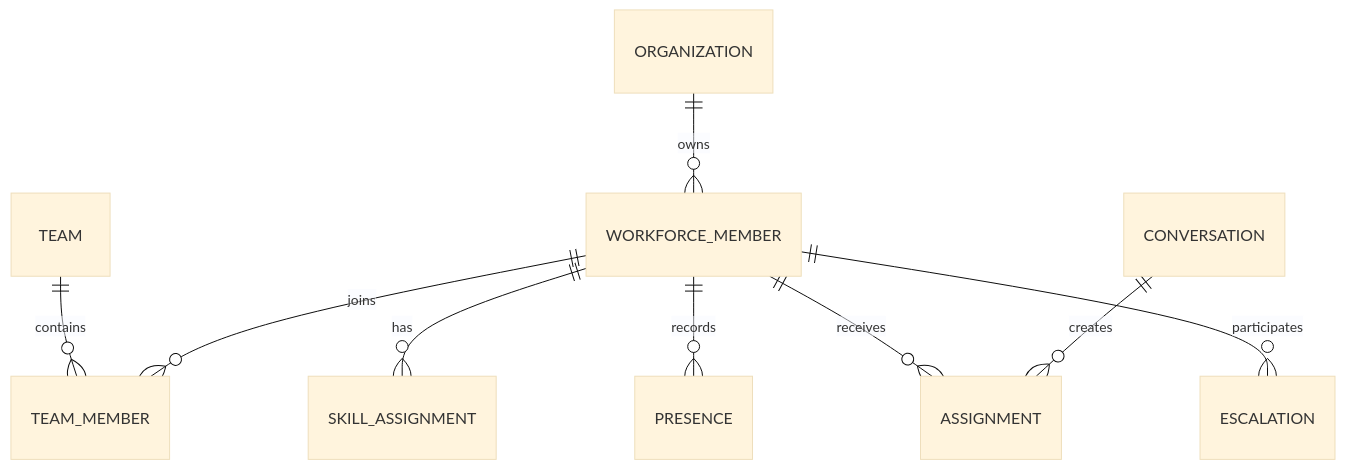
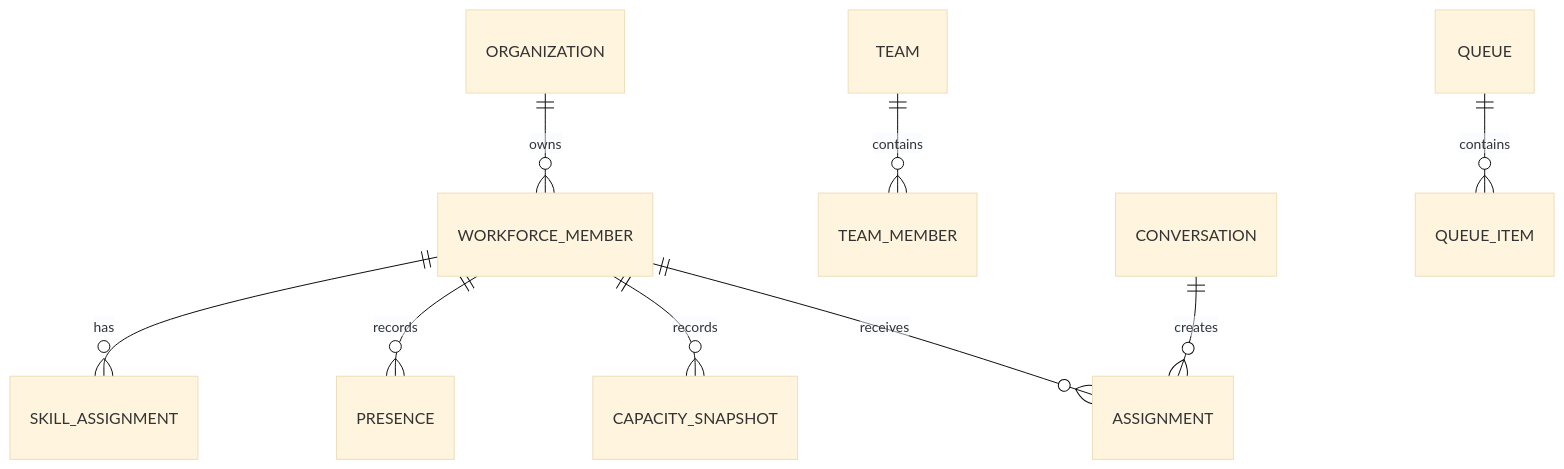
One commit to D-engahmed/OMILINKS changed the first of 2 diagrams in docs/domain/workforce.md. Above: the diagram before and after it, drawn with Mermaid (base theme). The commit also changed other lines of this file and 2 other files, not shown here.

Commit message:
docs: deepen workforce routing and knowledge domain contracts

````diff
--- a/docs/domain/workforce.md
+++ b/docs/domain/workforce.md
@@ -18,11 +24,11 @@
-```mermaid
+~~~mermaid
 erDiagram
-ORGANIZATION ||--o{ WORKFORCE_MEMBER : owns
-TEAM ||--o{ TEAM_MEMBER : contains
-WORKFORCE_MEMBER ||--o{ TEAM_MEMBER : joins
-WORKFORCE_MEMBER ||--o{ SKILL_ASSIGNMENT : has
-WORKFORCE_MEMBER ||--o{ PRESENCE : records
-WORKFORCE_MEMBER ||--o{ ASSIGNMENT : receives
-CONVERSATION ||--o{ ASSIGNMENT : creates
-WORKFORCE_MEMBER ||--o{ ESCALATION : participates
-```
+    ORGANIZATION ||--o{ WORKFORCE_MEMBER : owns
+    WORKFORCE_MEMBER ||--o{ SKILL_ASSIGNMENT : has
+    WORKFORCE_MEMBER ||--o{ PRESENCE : records
+    WORKFORCE_MEMBER ||--o{ CAPACITY_SNAPSHOT : records
+    TEAM ||--o{ TEAM_MEMBER : contains
+    WORKFORCE_MEMBER ||--o{ ASSIGNMENT : receives
+    CONVERSATION ||--o{ ASSIGNMENT : creates
+    QUEUE ||--o{ QUEUE_ITEM : contains
+~~~
````
